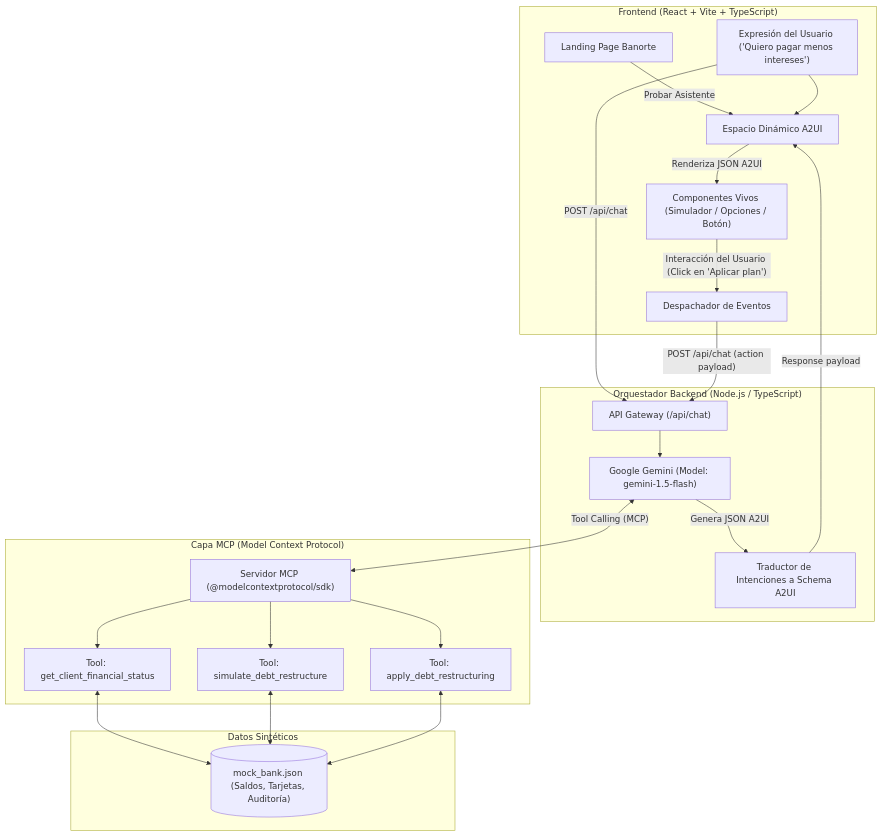
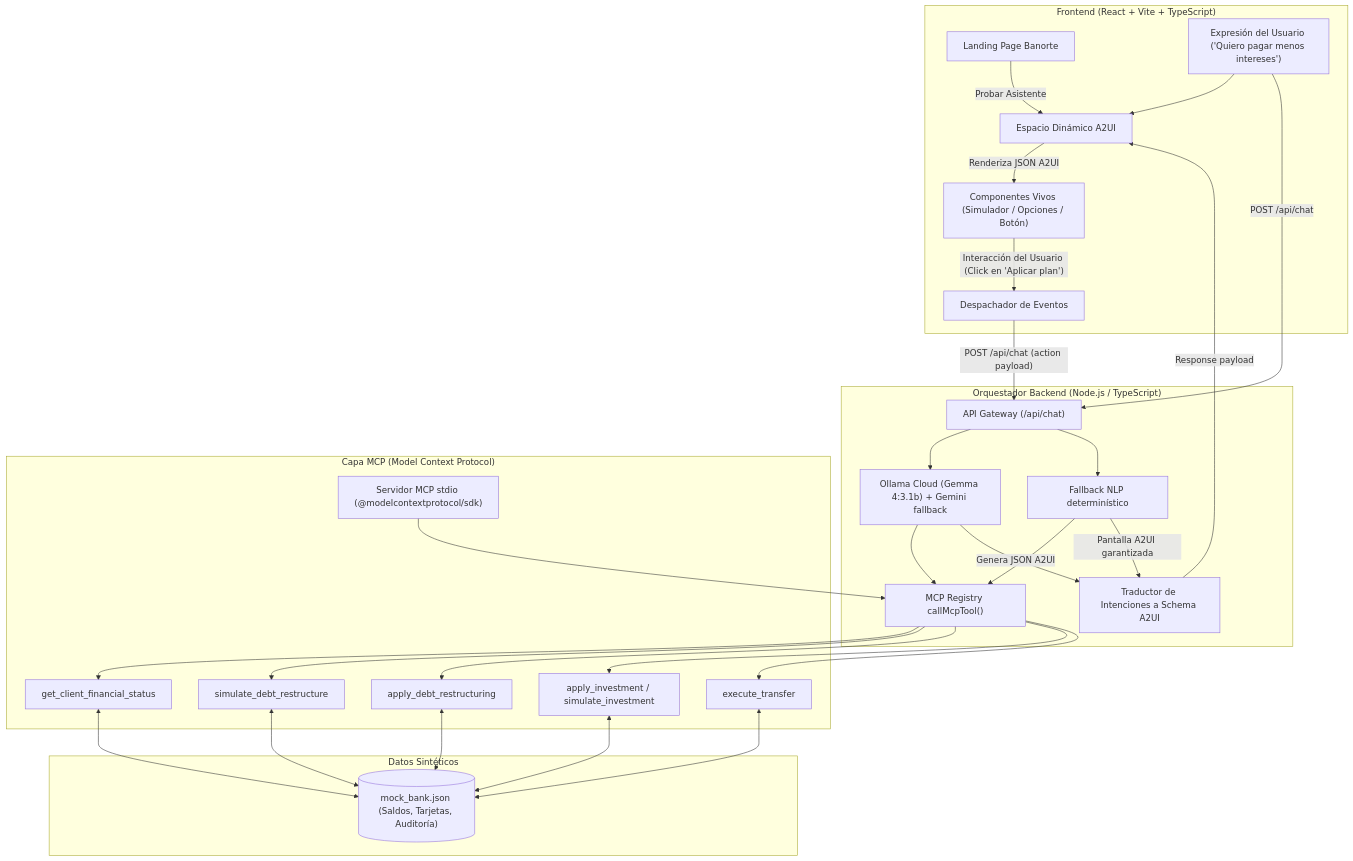
One commit to wanak0/hackmty2026 changed the diagram in docs/ARCHITECTURE.md. Above: the diagram before and after it, drawn with Mermaid. The commit also changed other lines of this file and 10 other files, not shown here.

Commit message:
refactor: update MCP tools to use registry pattern, enhance error handling in chat interface, and improve documentation for clarity

````diff
--- a/docs/ARCHITECTURE.md
+++ b/docs/ARCHITECTURE.md
@@ -11,35 +11,43 @@
 ```mermaid
 flowchart TD
     subgraph Frontend ["Frontend (React + Vite + TypeScript)"]
         Landing["Landing Page Banorte"] -->|"Probar Asistente"| DynamicView["Espacio Dinámico A2UI"]
         UserInput["Expresión del Usuario ('Quiero pagar menos intereses')"] --> DynamicView
         DynamicView -->|"Renderiza JSON A2UI"| Components["Componentes Vivos (Simulador / Opciones / Botón)"]
         Components -->|"Interacción del Usuario (Click en 'Aplicar plan')"| ActionDispatch["Despachador de Eventos"]
     end
 
     subgraph Backend ["Orquestador Backend (Node.js / TypeScript)"]
         API["API Gateway (/api/chat)"]
-        LLM["Google Gemini (Model: gemini-1.5-flash)"]
+        LLM["Ollama Cloud (Gemma 4:3.1b) + Gemini fallback"]
+        DetNLP["Fallback NLP determinístico"]
         A2UIProtocol["Traductor de Intenciones a Schema A2UI"]
+        Registry["MCP Registry callMcpTool()"]
     end
 
     subgraph MCP ["Capa MCP (Model Context Protocol)"]
-        MCPServer["Servidor MCP (@modelcontextprotocol/sdk)"]
-        ToolStatus["Tool: get_client_financial_status"]
-        ToolSimulate["Tool: simulate_debt_restructure"]
-        ToolApply["Tool: apply_debt_restructuring"]
+        MCPServer["Servidor MCP stdio (@modelcontextprotocol/sdk)"]
+        ToolStatus["get_client_financial_status"]
+        ToolSimulate["simulate_debt_restructure"]
+        ToolApply["apply_debt_restructuring"]
+        ToolInvest["apply_investment / simulate_investment"]
+        ToolSpei["execute_transfer"]
     end
 
     subgraph CoreBancario ["Datos Sintéticos"]
         MockDB[("mock_bank.json (Saldos, Tarjetas, Auditoría)")]
     end
 
     UserInput -->|"POST /api/chat"| API
     ActionDispatch -->|"POST /api/chat (action payload)"| API
     API --> LLM
-    LLM <-->|"Tool Calling (MCP)"| MCPServer
-    MCPServer --> ToolStatus & ToolSimulate & ToolApply
-    ToolStatus & ToolSimulate & ToolApply <--> MockDB
+    API --> DetNLP
+    LLM --> Registry
+    DetNLP --> Registry
+    Registry --> ToolStatus & ToolSimulate & ToolApply & ToolInvest & ToolSpei
+    MCPServer --> Registry
+    ToolStatus & ToolSimulate & ToolApply & ToolInvest & ToolSpei <--> MockDB
     LLM -->|"Genera JSON A2UI"| A2UIProtocol
+    DetNLP -->|"Pantalla A2UI garantizada"| A2UIProtocol
     A2UIProtocol -->|"Response payload"| DynamicView
 ```
````
